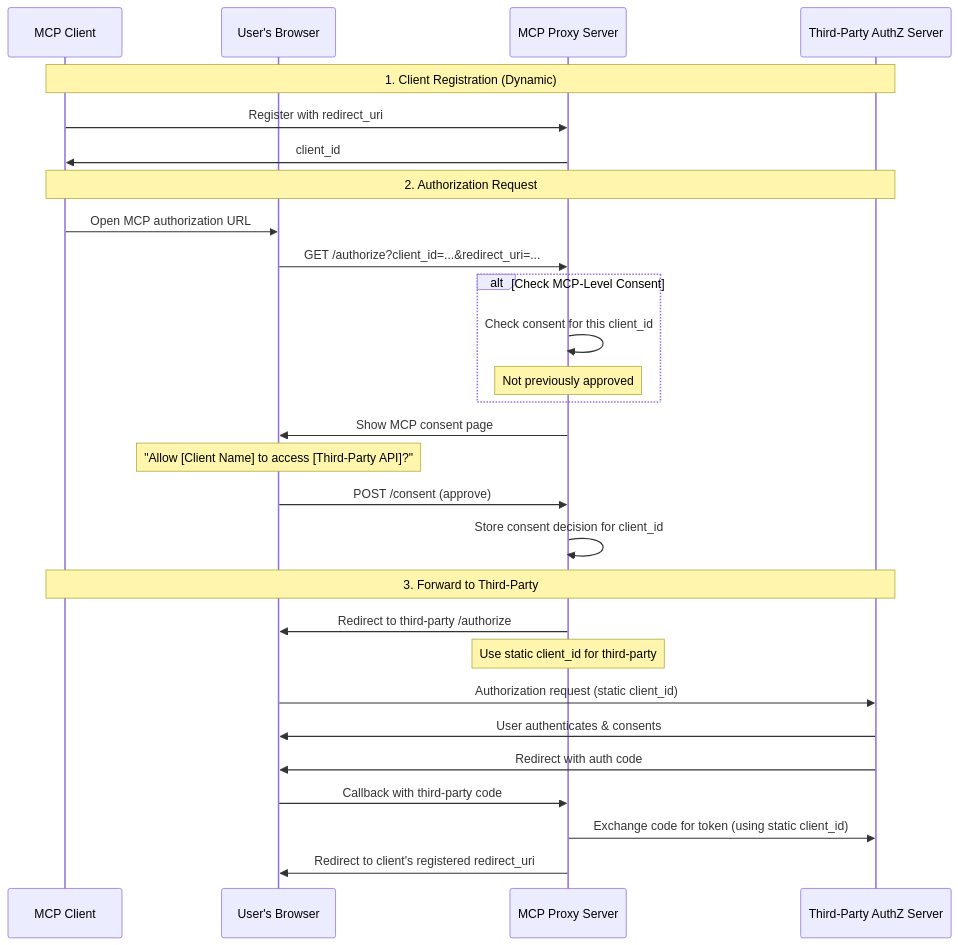
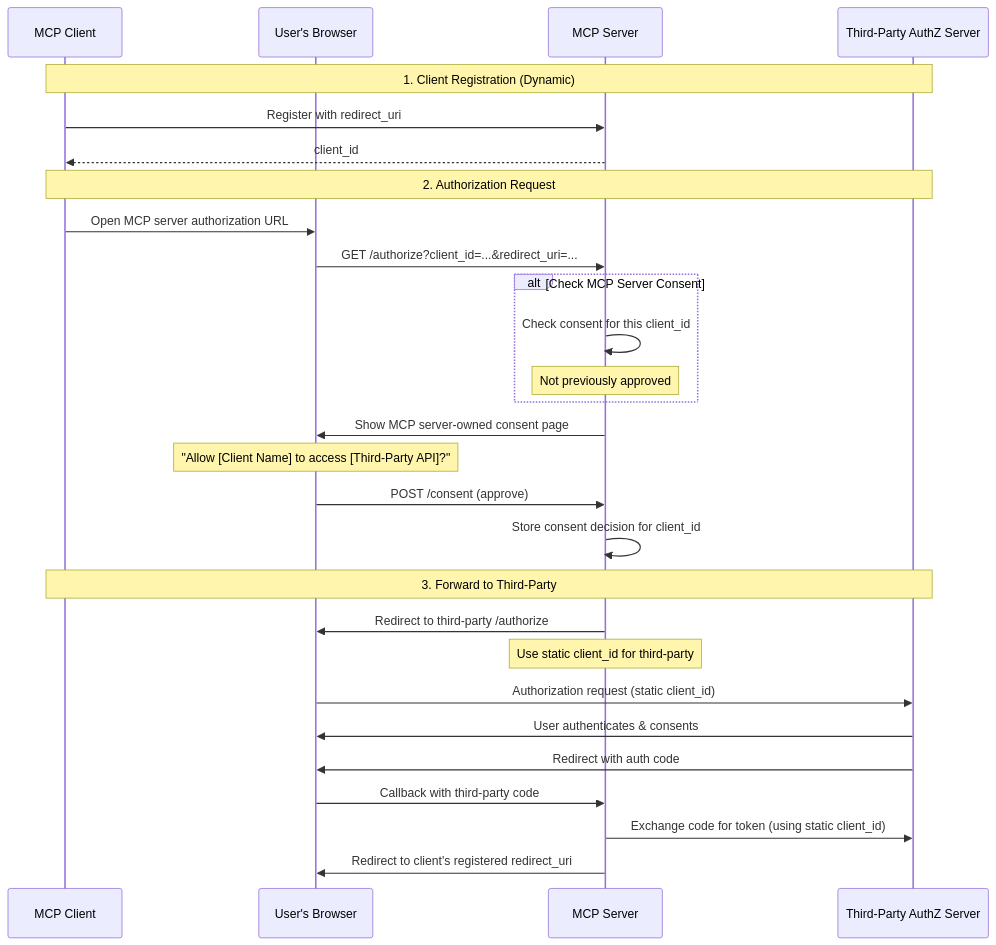
The fifth of 5 diagrams in docs/specification/draft/basic/security_best_practices.mdx (modelcontextprotocol/modelcontextprotocol), drawn with Mermaid before and after one commit.

````diff
--- a/docs/specification/draft/basic/security_best_practices.mdx
+++ b/docs/specification/draft/basic/security_best_practices.mdx
@@ -313,37 +313,37 @@
 ```mermaid
 sequenceDiagram
     participant Client as MCP Client
     participant Browser as User's Browser
-    participant MCP as MCP Proxy Server
+    participant MCP as MCP Server
     participant ThirdParty as Third-Party AuthZ Server
 
     Note over Client,ThirdParty: 1. Client Registration (Dynamic)
     Client->>MCP: Register with redirect_uri
-    MCP->>Client: client_id
+    MCP-->>Client: client_id
 
     Note over Client,ThirdParty: 2. Authorization Request
-    Client->>Browser: Open MCP authorization URL
+    Client->>Browser: Open MCP server authorization URL
     Browser->>MCP: GET /authorize?client_id=...&redirect_uri=...
 
-    alt Check MCP-Level Consent
+    alt Check MCP Server Consent
         MCP->>MCP: Check consent for this client_id
         Note over MCP: Not previously approved
     end
 
-    MCP->>Browser: Show MCP consent page
+    MCP->>Browser: Show MCP server-owned consent page
     Note over Browser: "Allow [Client Name] to access [Third-Party API]?"
     Browser->>MCP: POST /consent (approve)
     MCP->>MCP: Store consent decision for client_id
 
     Note over Client,ThirdParty: 3. Forward to Third-Party
     MCP->>Browser: Redirect to third-party /authorize
     Note over MCP: Use static client_id for third-party
 
     Browser->>ThirdParty: Authorization request (static client_id)
     ThirdParty->>Browser: User authenticates & consents
     ThirdParty->>Browser: Redirect with auth code
 
     Browser->>MCP: Callback with third-party code
     MCP->>ThirdParty: Exchange code for token (using static client_id)
     MCP->>Browser: Redirect to client's registered redirect_uri
 ```
````
